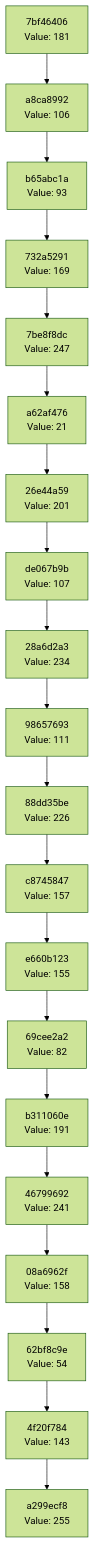
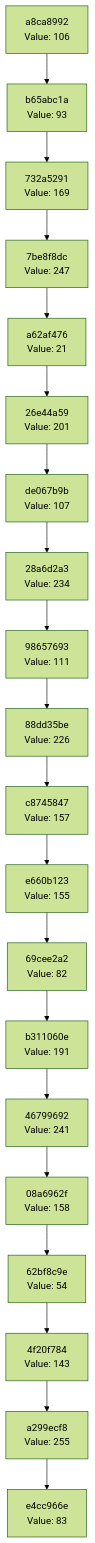
Before and after one commit to Abhisheksinha1506/hash-chain-evolver: the diagram in docs/CHAIN_VISUALIZATION.md, drawn with Mermaid (forest theme). The commit also changed 2 other files, not shown here.

Commit message:
Evolution step: hash 0x53 → action executed

````diff
--- a/docs/CHAIN_VISUALIZATION.md
+++ b/docs/CHAIN_VISUALIZATION.md
@@ -3,42 +3,42 @@
 ```mermaid
 graph TD
-    C0["a299ecf8<br/>Value: 255"]
-    C1["4f20f784<br/>Value: 143"]
+    C0["e4cc966e<br/>Value: 83"]
+    C1["a299ecf8<br/>Value: 255"]
     C1 --> C0
-    C2["62bf8c9e<br/>Value: 54"]
+    C2["4f20f784<br/>Value: 143"]
     C2 --> C1
-    C3["08a6962f<br/>Value: 158"]
+    C3["62bf8c9e<br/>Value: 54"]
     C3 --> C2
-    C4["46799692<br/>Value: 241"]
+    C4["08a6962f<br/>Value: 158"]
     C4 --> C3
-    C5["b311060e<br/>Value: 191"]
+    C5["46799692<br/>Value: 241"]
     C5 --> C4
-    C6["69cee2a2<br/>Value: 82"]
+    C6["b311060e<br/>Value: 191"]
     C6 --> C5
-    C7["e660b123<br/>Value: 155"]
+    C7["69cee2a2<br/>Value: 82"]
     C7 --> C6
-    C8["c8745847<br/>Value: 157"]
+    C8["e660b123<br/>Value: 155"]
     C8 --> C7
-    C9["88dd35be<br/>Value: 226"]
+    C9["c8745847<br/>Value: 157"]
     C9 --> C8
-    C10["98657693<br/>Value: 111"]
+    C10["88dd35be<br/>Value: 226"]
     C10 --> C9
-    C11["28a6d2a3<br/>Value: 234"]
+    C11["98657693<br/>Value: 111"]
     C11 --> C10
-    C12["de067b9b<br/>Value: 107"]
+    C12["28a6d2a3<br/>Value: 234"]
     C12 --> C11
-    C13["26e44a59<br/>Value: 201"]
+    C13["de067b9b<br/>Value: 107"]
     C13 --> C12
-    C14["a62af476<br/>Value: 21"]
+    C14["26e44a59<br/>Value: 201"]
     C14 --> C13
-    C15["7be8f8dc<br/>Value: 247"]
+    C15["a62af476<br/>Value: 21"]
     C15 --> C14
-    C16["732a5291<br/>Value: 169"]
+    C16["7be8f8dc<br/>Value: 247"]
     C16 --> C15
-    C17["b65abc1a<br/>Value: 93"]
+    C17["732a5291<br/>Value: 169"]
     C17 --> C16
-    C18["a8ca8992<br/>Value: 106"]
+    C18["b65abc1a<br/>Value: 93"]
     C18 --> C17
-    C19["7bf46406<br/>Value: 181"]
+    C19["a8ca8992<br/>Value: 106"]
     C19 --> C18
 ```
````
